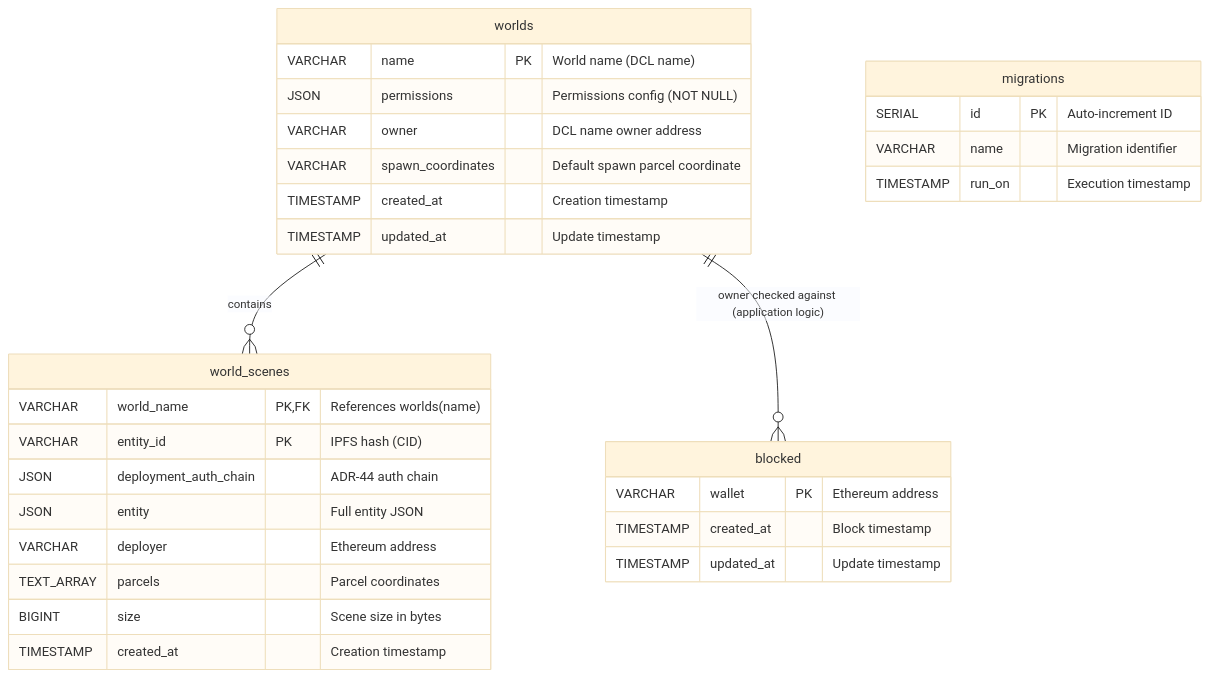
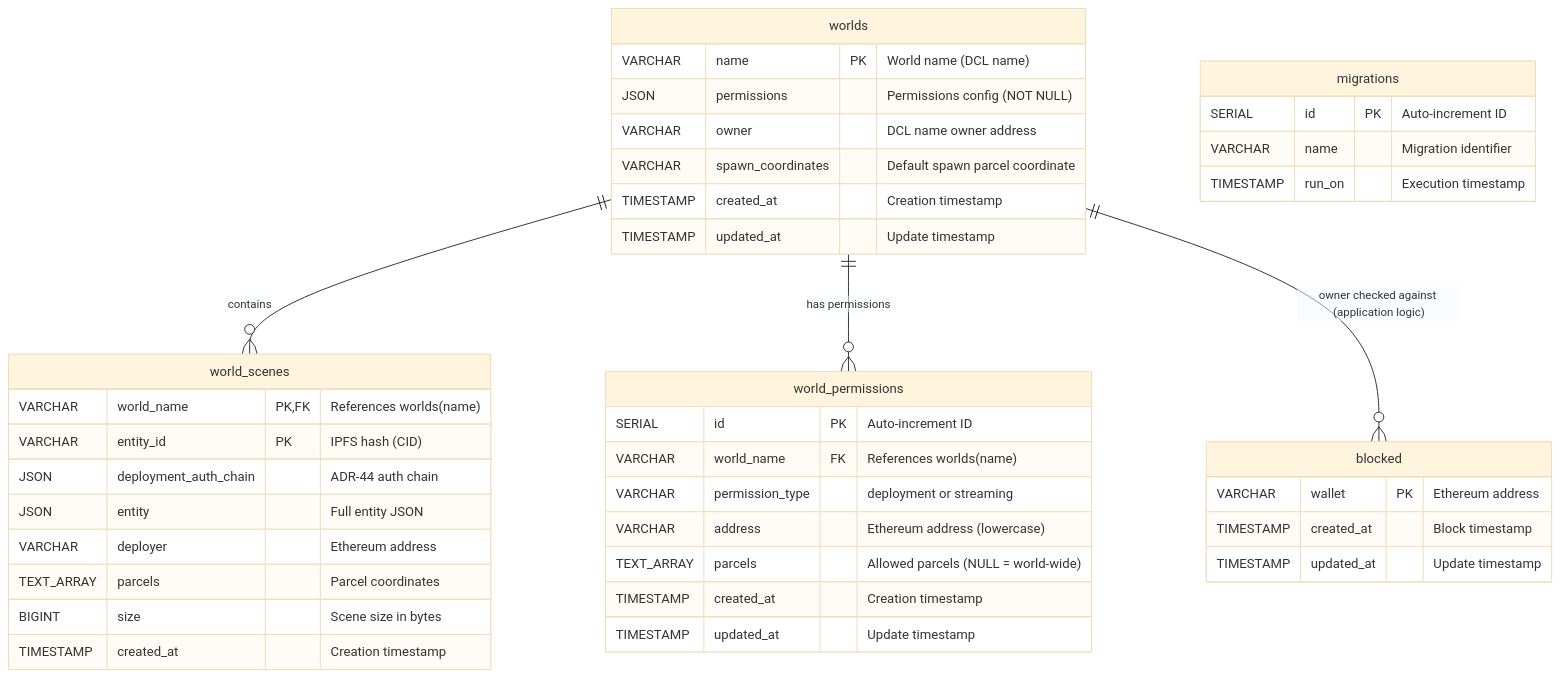
One commit to decentraland/worlds-content-server changed the diagram in docs/database-schema.md. Above: the diagram before and after it, drawn with Mermaid (base theme). The commit also changed other lines of this file and 11 other files, not shown here.

````diff
--- a/docs/database-schema.md
+++ b/docs/database-schema.md
@@ -18,37 +19,48 @@
 ```mermaid
 erDiagram
     worlds {
         VARCHAR name PK "World name (DCL name)"
         JSON permissions "Permissions config (NOT NULL)"
         VARCHAR owner "DCL name owner address"
         VARCHAR spawn_coordinates "Default spawn parcel coordinate"
         TIMESTAMP created_at "Creation timestamp"
         TIMESTAMP updated_at "Update timestamp"
     }
 
     world_scenes {
         VARCHAR world_name PK,FK "References worlds(name)"
         VARCHAR entity_id PK "IPFS hash (CID)"
         JSON deployment_auth_chain "ADR-44 auth chain"
         JSON entity "Full entity JSON"
         VARCHAR deployer "Ethereum address"
         TEXT_ARRAY parcels "Parcel coordinates"
         BIGINT size "Scene size in bytes"
         TIMESTAMP created_at "Creation timestamp"
     }
 
+    world_permissions {
+        SERIAL id PK "Auto-increment ID"
+        VARCHAR world_name FK "References worlds(name)"
+        VARCHAR permission_type "deployment or streaming"
+        VARCHAR address "Ethereum address (lowercase)"
+        TEXT_ARRAY parcels "Allowed parcels (NULL = world-wide)"
+        TIMESTAMP created_at "Creation timestamp"
+        TIMESTAMP updated_at "Update timestamp"
+    }
+
     blocked {
         VARCHAR wallet PK "Ethereum address"
         TIMESTAMP created_at "Block timestamp"
         TIMESTAMP updated_at "Update timestamp"
     }
 
     migrations {
         SERIAL id PK "Auto-increment ID"
         VARCHAR name "Migration identifier"
         TIMESTAMP run_on "Execution timestamp"
     }
 
     worlds ||--o{ world_scenes : "contains"
+    worlds ||--o{ world_permissions : "has permissions"
     worlds ||--o{ blocked : "owner checked against (application logic)"
 ```
````
